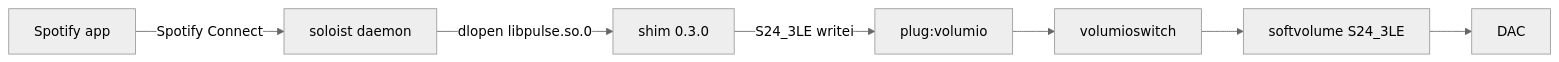
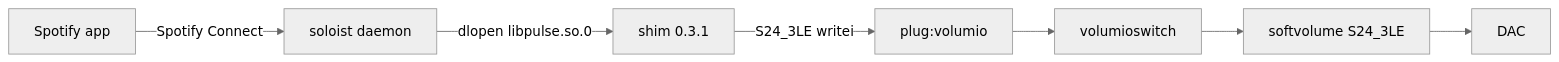
The first of 4 diagrams in README.md (foonerd/alsa_soloist_connect), drawn with Mermaid (neutral theme) before and after one commit. The commit also changed other lines of this file and 9 other files, not shown here.

````diff
--- a/README.md
+++ b/README.md
@@ -32,9 +32,9 @@
 ```mermaid
 flowchart LR
     SpotifyApp["Spotify app"] -->|"Spotify Connect"| Soloist["soloist daemon"]
-    Soloist -->|"dlopen libpulse.so.0"| Shim["shim 0.3.0"]
+    Soloist -->|"dlopen libpulse.so.0"| Shim["shim 0.3.1"]
     Shim -->|"S24_3LE writei"| Plug["plug:volumio"]
     Plug --> Switch["volumioswitch"]
     Switch --> Soft["softvolume S24_3LE"]
     Soft --> Dac["DAC"]
 ```
````
